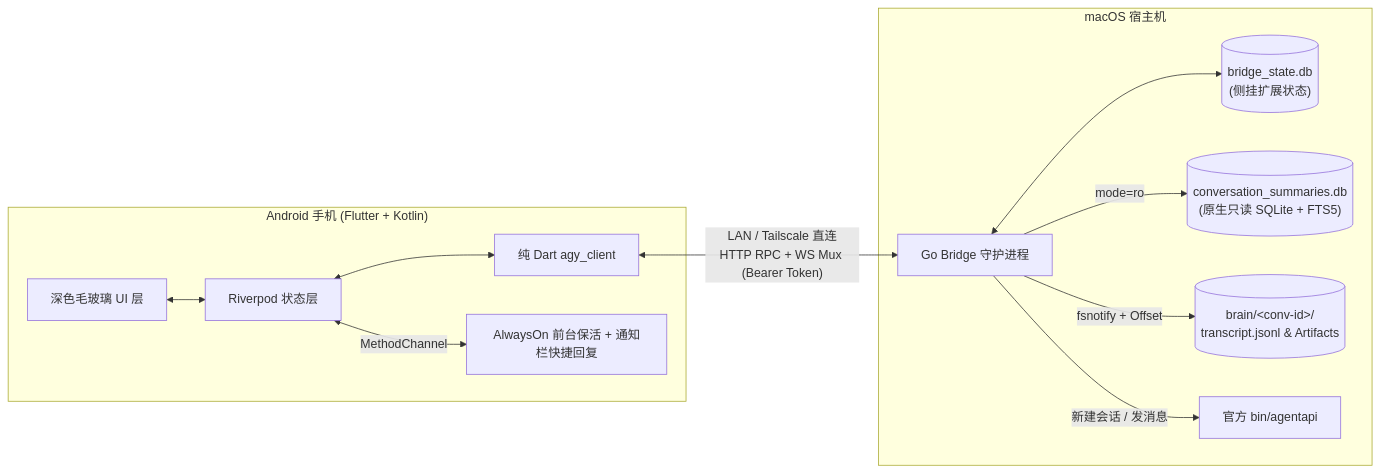
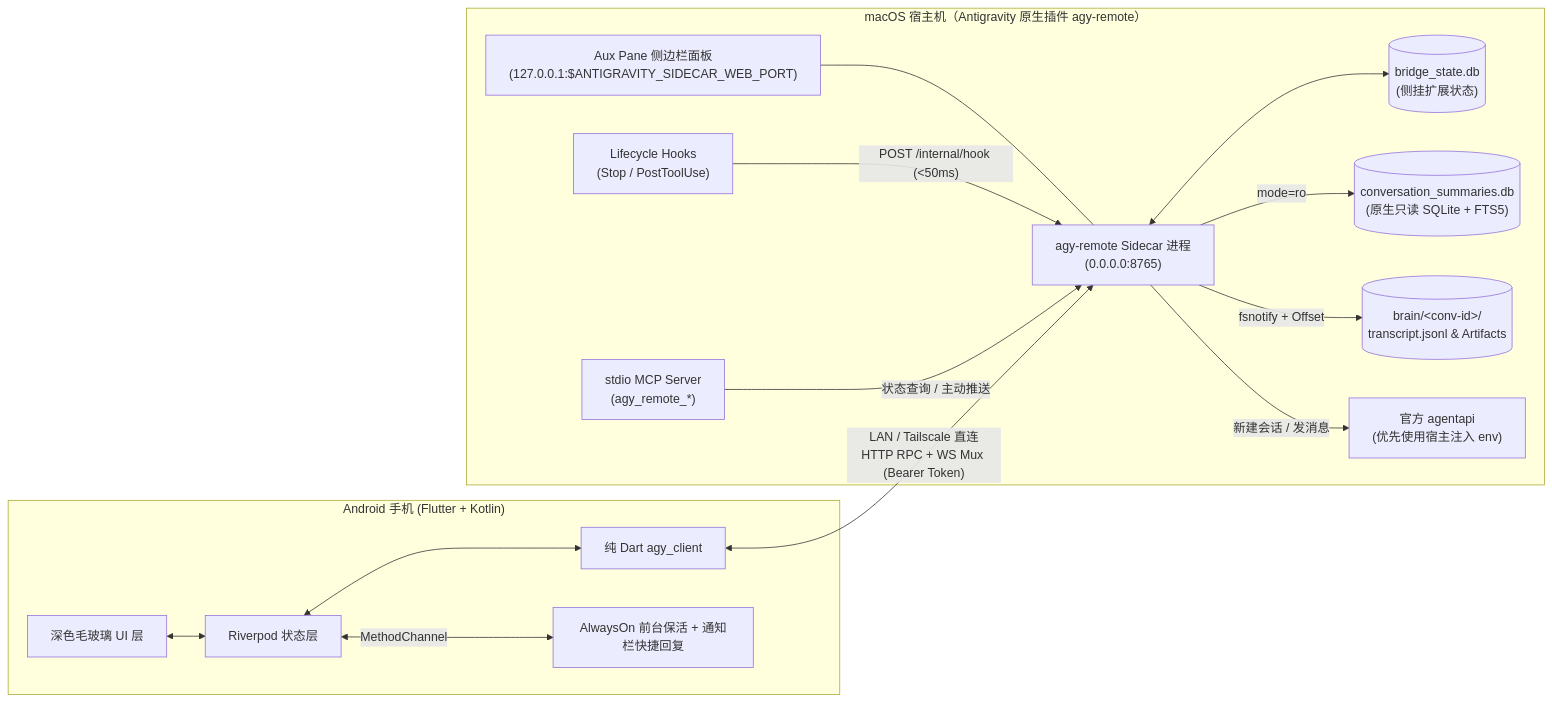
Before and after one commit to wo120/agy-go: the diagram in 2026-11-24-antigravity-mobile-design.md, drawn with Mermaid. The commit also changed other lines of this file and 18 other files, not shown here.

Commit message:
feat: package Mac bridge as native Antigravity agy-remote plugin (Sidecar UI + MCP + Hooks) and update spec

````diff
--- a/2026-11-24-antigravity-mobile-design.md
+++ b/2026-11-24-antigravity-mobile-design.md
@@ -70,26 +63,32 @@
 ```mermaid
 flowchart LR
     subgraph Android["Android 手机 (Flutter + Kotlin)"]
         UI["深色毛玻璃 UI 层"]
         State["Riverpod 状态层"]
         Client["纯 Dart agy_client"]
         FG["AlwaysOn 前台保活 + 通知栏快捷回复"]
         UI <--> State <--> Client
         State <-->|"MethodChannel"| FG
     end
 
-    subgraph Mac["macOS 宿主机"]
-        Bridge["Go Bridge 守护进程"]
+    subgraph Mac["macOS 宿主机（Antigravity 原生插件 agy-remote）"]
+        SidecarUI["Aux Pane 侧边栏面板<br/>(127.0.0.1:$ANTIGRAVITY_SIDECAR_WEB_PORT)"]
+        MCP["stdio MCP Server<br/>(agy_remote_*)"]
+        Hooks["Lifecycle Hooks<br/>(Stop / PostToolUse)"]
+        Bridge["agy-remote Sidecar 进程<br/>(0.0.0.0:8765)"]
         StateDB[("bridge_state.db<br/>(侧挂扩展状态)")]
         AgyDB[("conversation_summaries.db<br/>(原生只读 SQLite + FTS5)")]
         BrainDir[("brain/&lt;conv-id&gt;/<br/>transcript.jsonl &amp; Artifacts")]
-        AgentCLI["官方 bin/agentapi"]
+        AgentCLI["官方 agentapi<br/>(优先使用宿主注入 env)"]
 
+        SidecarUI --- Bridge
+        Hooks -->|"POST /internal/hook (<50ms)"| Bridge
+        MCP -->|"状态查询 / 主动推送"| Bridge
         Bridge <--> StateDB
         Bridge -->|"mode=ro"| AgyDB
         Bridge -->|"fsnotify + Offset"| BrainDir
         Bridge -->|"新建会话 / 发消息"| AgentCLI
     end
 
     Client <-->|"LAN / Tailscale 直连<br/>HTTP RPC + WS Mux (Bearer Token)"| Bridge
 ```
````
